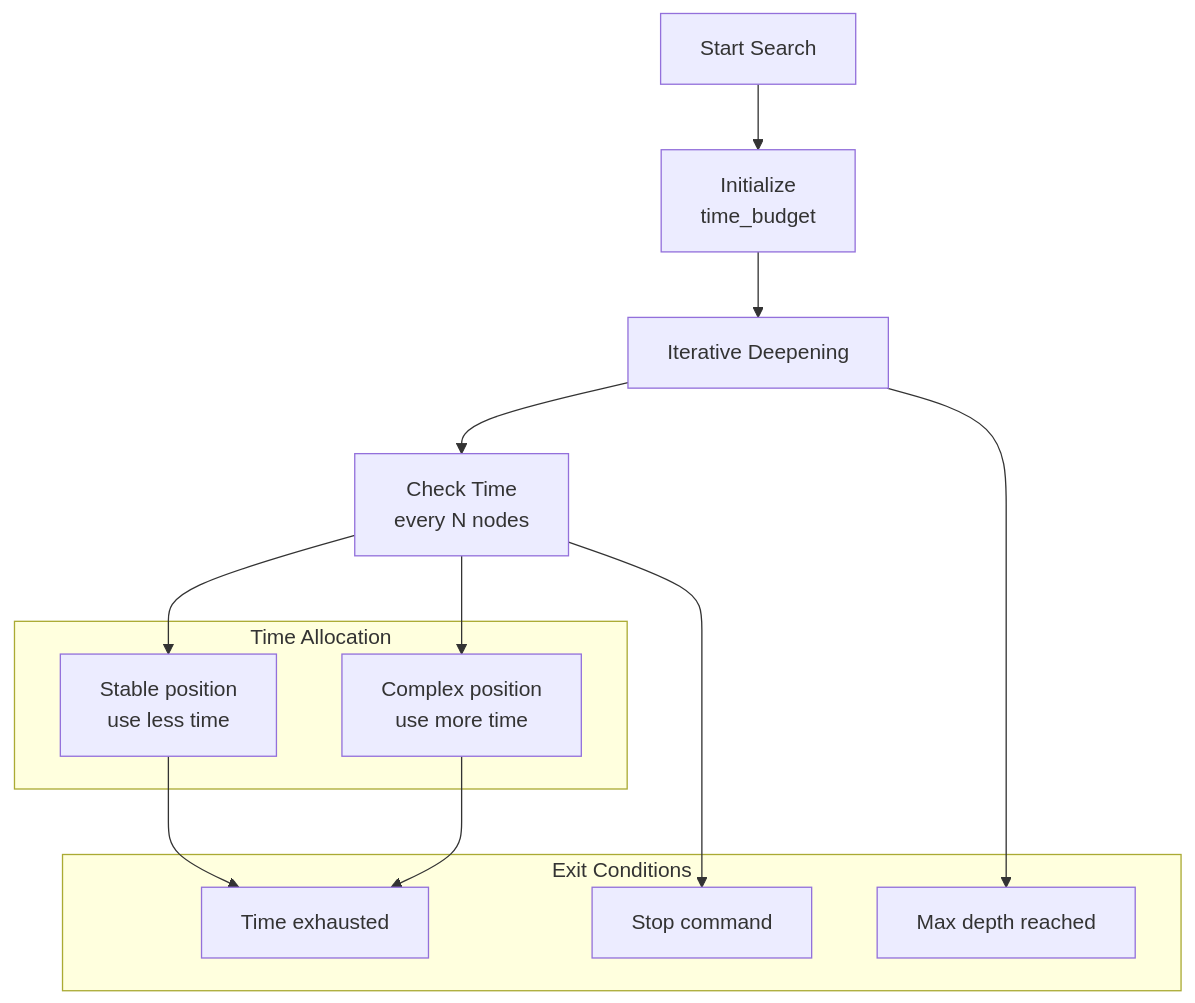
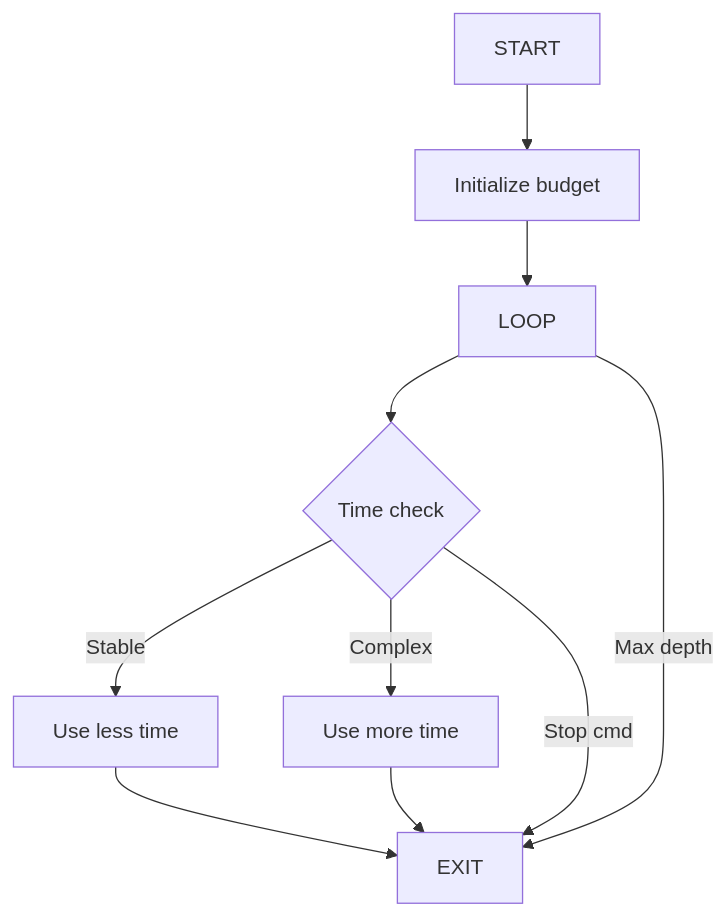
One commit to fgantt/yse changed the sixth of 6 diagrams in memory/SEARCH.md. Above: the diagram before and after it, drawn with Mermaid. The commit also changed other lines of this file, not shown here.

Commit message:
Simplify Mermaid diagrams in SEARCH.md for GitHub rendering

````diff
--- a/memory/SEARCH.md
+++ b/memory/SEARCH.md
@@ -228,28 +143,12 @@
 ```mermaid
 flowchart TD
-    START["Start Search"]
-    INIT["Initialize<br/>time_budget"]
-    LOOP["Iterative Deepening"]
-    CHECK["Check Time<br/>every N nodes"]
-    
-    subgraph "Time Allocation"
-        STABLE["Stable position<br/>use less time"]
-        RISKY["Complex position<br/>use more time"]
-    end
-    
-    subgraph "Exit Conditions"
-        EXIT_TIME["Time exhausted"]
-        EXIT_DEPTH["Max depth reached"]
-        EXIT_STOP["Stop command"]
-    end
-    
-    START --> INIT
+    START --> INIT["Initialize budget"]
     INIT --> LOOP
-    LOOP --> CHECK
-    CHECK --> STABLE
-    CHECK --> RISKY
-    STABLE --> EXIT_TIME
-    RISKY --> EXIT_TIME
-    LOOP --> EXIT_DEPTH
-    CHECK --> EXIT_STOP
+    LOOP --> CHECK{"Time check"}
+    CHECK -->|Stable| LESS["Use less time"]
+    CHECK -->|Complex| MORE["Use more time"]
+    LESS --> EXIT
+    MORE --> EXIT
+    LOOP -->|Max depth| EXIT
+    CHECK -->|Stop cmd| EXIT
 ```
````
